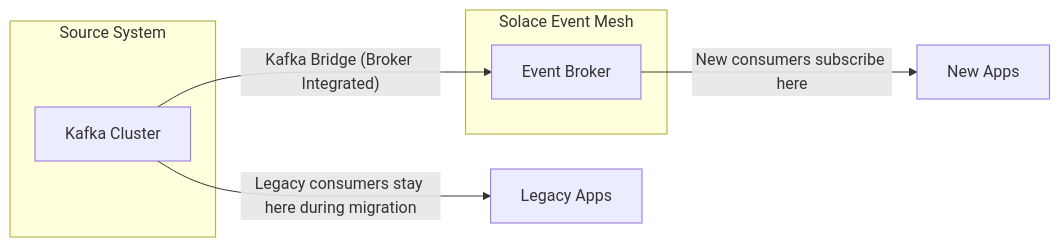
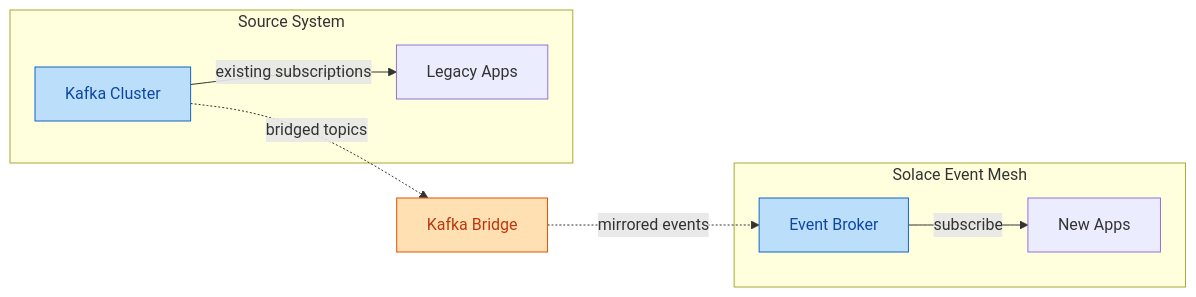
One commit to gvensan/solace-architect changed the diagram in solace-migration/SKILL.md. Above: the diagram before and after it, drawn with Mermaid. The commit also changed other lines of this file and 70 other files, not shown here.

````diff
--- a/solace-migration/SKILL.md
+++ b/solace-migration/SKILL.md
@@ -742,12 +762,18 @@
 ```mermaid
-graph LR
-    subgraph "Source System"
-        S[Kafka Cluster]
+flowchart LR
+    subgraph SOURCE["Source System"]
+        S["Kafka Cluster"]:::broker
+        L["Legacy Apps"]
     end
-    subgraph "Solace Event Mesh"
-        B[Event Broker]
+    subgraph SOLACE["Solace Event Mesh"]
+        B["Event Broker"]:::broker
+        C["New Apps"]
     end
-    S -->|"Kafka Bridge (Broker Integrated)"| B
-    B -->|"New consumers subscribe here"| C[New Apps]
-    S -->|"Legacy consumers stay here during migration"| L[Legacy Apps]
+    BRIDGE["Kafka Bridge"]:::mi
+    S -.->|"bridged topics"| BRIDGE
+    BRIDGE -.->|"mirrored events"| B
+    B -->|"subscribe"| C
+    S -->|"existing subscriptions"| L
+    classDef broker fill:#bbdefb,stroke:#1565c0,color:#0d47a1
+    classDef mi fill:#ffe0b2,stroke:#e65100,color:#bf360c
 ```
````
